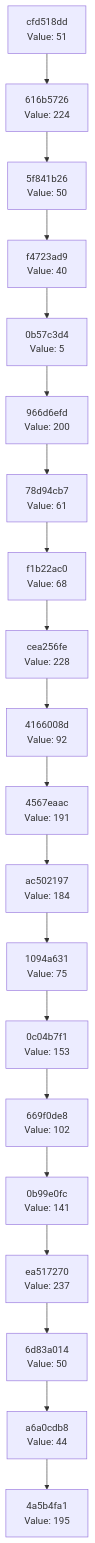
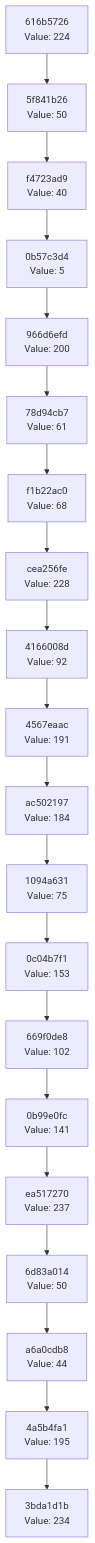
The diagram in docs/CHAIN_VISUALIZATION.md (Abhisheksinha1506/hash-chain-evolver), drawn with Mermaid before and after one commit. The commit also changed 3 other files, not shown here.

````diff
--- a/docs/CHAIN_VISUALIZATION.md
+++ b/docs/CHAIN_VISUALIZATION.md
@@ -3,42 +3,42 @@
 ```mermaid
 graph TD
-    C0["4a5b4fa1<br/>Value: 195"]
-    C1["a6a0cdb8<br/>Value: 44"]
+    C0["3bda1d1b<br/>Value: 234"]
+    C1["4a5b4fa1<br/>Value: 195"]
     C1 --> C0
-    C2["6d83a014<br/>Value: 50"]
+    C2["a6a0cdb8<br/>Value: 44"]
     C2 --> C1
-    C3["ea517270<br/>Value: 237"]
+    C3["6d83a014<br/>Value: 50"]
     C3 --> C2
-    C4["0b99e0fc<br/>Value: 141"]
+    C4["ea517270<br/>Value: 237"]
     C4 --> C3
-    C5["669f0de8<br/>Value: 102"]
+    C5["0b99e0fc<br/>Value: 141"]
     C5 --> C4
-    C6["0c04b7f1<br/>Value: 153"]
+    C6["669f0de8<br/>Value: 102"]
     C6 --> C5
-    C7["1094a631<br/>Value: 75"]
+    C7["0c04b7f1<br/>Value: 153"]
     C7 --> C6
-    C8["ac502197<br/>Value: 184"]
+    C8["1094a631<br/>Value: 75"]
     C8 --> C7
-    C9["4567eaac<br/>Value: 191"]
+    C9["ac502197<br/>Value: 184"]
     C9 --> C8
-    C10["4166008d<br/>Value: 92"]
+    C10["4567eaac<br/>Value: 191"]
     C10 --> C9
-    C11["cea256fe<br/>Value: 228"]
+    C11["4166008d<br/>Value: 92"]
     C11 --> C10
-    C12["f1b22ac0<br/>Value: 68"]
+    C12["cea256fe<br/>Value: 228"]
     C12 --> C11
-    C13["78d94cb7<br/>Value: 61"]
+    C13["f1b22ac0<br/>Value: 68"]
     C13 --> C12
-    C14["966d6efd<br/>Value: 200"]
+    C14["78d94cb7<br/>Value: 61"]
     C14 --> C13
-    C15["0b57c3d4<br/>Value: 5"]
+    C15["966d6efd<br/>Value: 200"]
     C15 --> C14
-    C16["f4723ad9<br/>Value: 40"]
+    C16["0b57c3d4<br/>Value: 5"]
     C16 --> C15
-    C17["5f841b26<br/>Value: 50"]
+    C17["f4723ad9<br/>Value: 40"]
     C17 --> C16
-    C18["616b5726<br/>Value: 224"]
+    C18["5f841b26<br/>Value: 50"]
     C18 --> C17
-    C19["cfd518dd<br/>Value: 51"]
+    C19["616b5726<br/>Value: 224"]
     C19 --> C18
 ```
````
